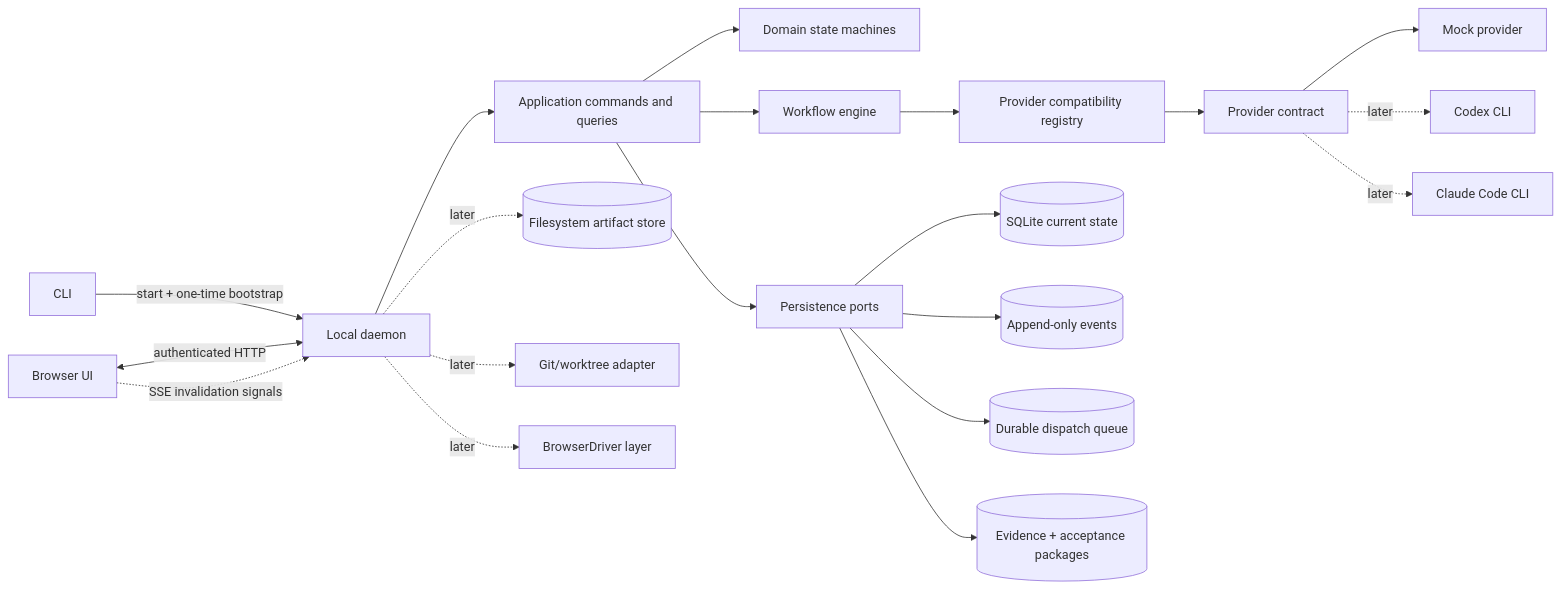
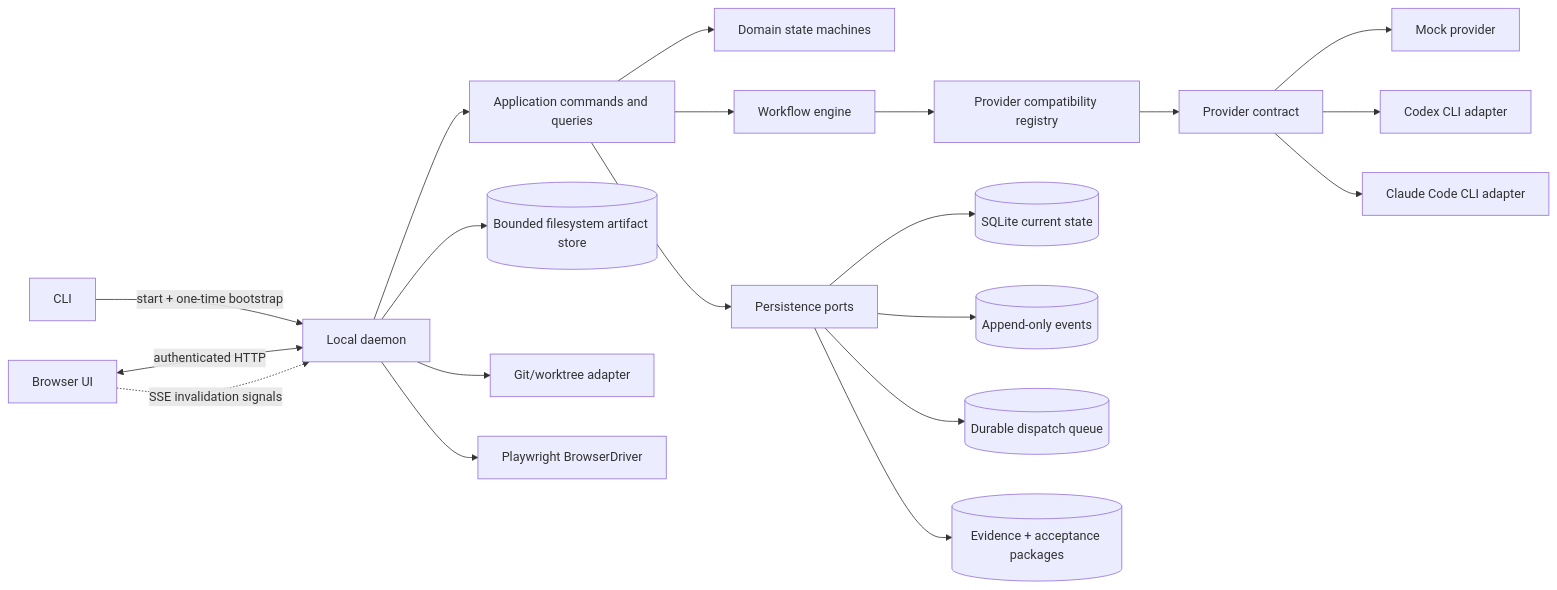
Before and after one commit to loomrail/loomrail: the first of 2 diagrams in docs/architecture/OVERVIEW.md, drawn with Mermaid. The commit also changed other lines of this file and 25 other files, not shown here.

````diff
--- a/docs/architecture/OVERVIEW.md
+++ b/docs/architecture/OVERVIEW.md
@@ -12,25 +12,25 @@
 ```mermaid
 flowchart LR
     CLI[CLI] -->|start + one-time bootstrap| D[Local daemon]
     UI[Browser UI] <-->|authenticated HTTP| D
     UI -. SSE invalidation signals .-> D
 
     D --> APP[Application commands and queries]
     APP --> DOMAIN[Domain state machines]
     APP --> WF[Workflow engine]
     WF --> COMP[Provider compatibility registry]
     COMP --> PC[Provider contract]
     PC --> MOCK[Mock provider]
-    PC -. later .-> CODEX[Codex CLI]
-    PC -. later .-> CLAUDE[Claude Code CLI]
+    PC --> CODEX[Codex CLI adapter]
+    PC --> CLAUDE[Claude Code CLI adapter]
 
     APP --> PORT[Persistence ports]
     PORT --> DB[(SQLite current state)]
     PORT --> EVT[(Append-only events)]
     PORT --> QUEUE[(Durable dispatch queue)]
     PORT --> EVIDENCE[(Evidence + acceptance packages)]
 
-    D -. later .-> ART[(Filesystem artifact store)]
-    D -. later .-> GIT[Git/worktree adapter]
-    D -. later .-> BROWSER[BrowserDriver layer]
+    D --> ART[(Bounded filesystem artifact store)]
+    D --> GIT[Git/worktree adapter]
+    D --> BROWSER[Playwright BrowserDriver]
 ```
````
